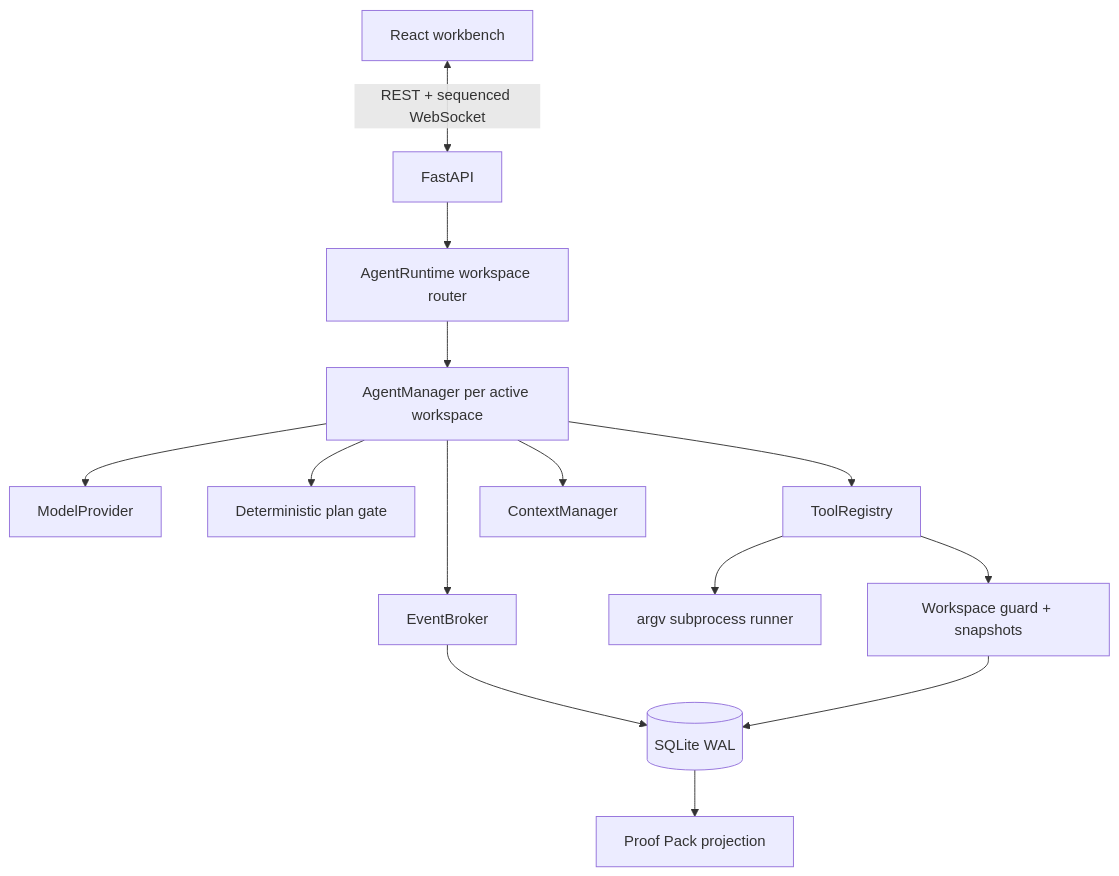
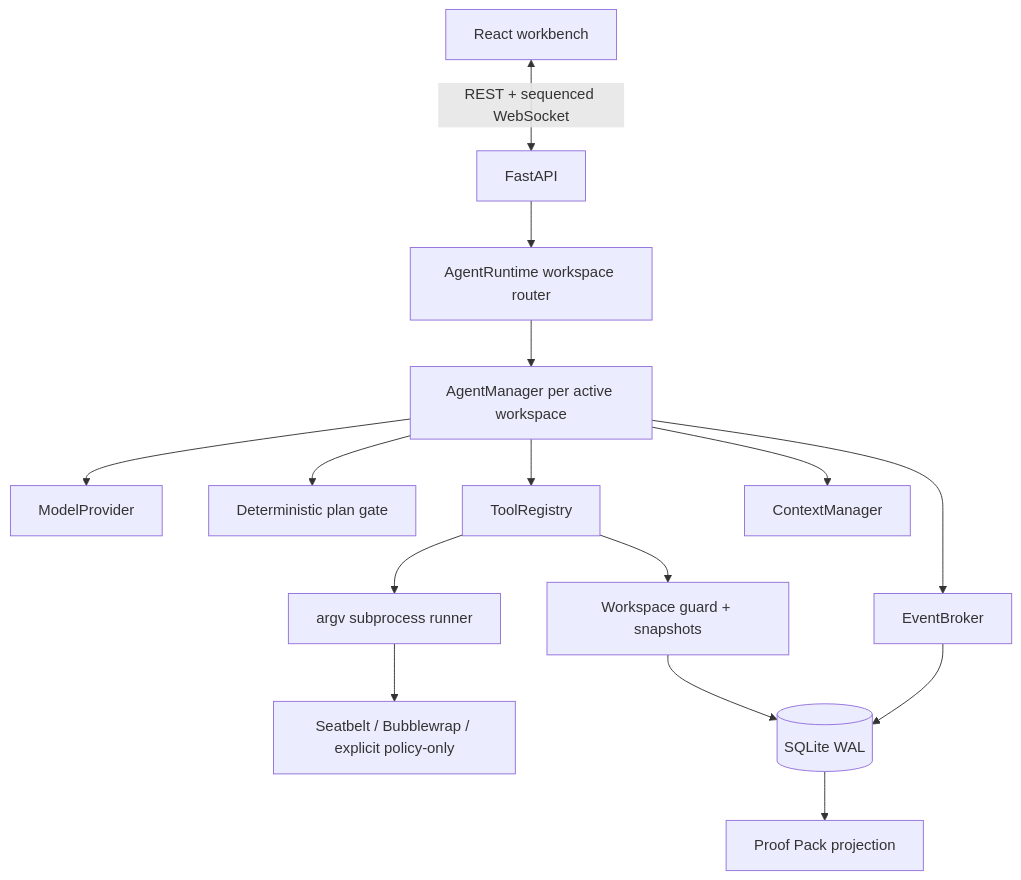
One commit to iamzwxyy/traceforge changed the first of 2 diagrams in docs/architecture.md. Above: the diagram before and after it, drawn with Mermaid. The commit also changed other lines of this file and 30 other files, not shown here.

````diff
--- a/docs/architecture.md
+++ b/docs/architecture.md
@@ -12,16 +12,17 @@
 ```mermaid
 flowchart TB
     UI[React workbench] <-->|REST + sequenced WebSocket| API[FastAPI]
     API --> Runtime[AgentRuntime workspace router]
     Runtime --> Manager[AgentManager per active workspace]
     Manager --> Provider[ModelProvider]
     Manager --> Gate[Deterministic plan gate]
     Manager --> Tools[ToolRegistry]
     Manager --> Context[ContextManager]
     Tools --> Guard[Workspace guard + snapshots]
     Tools --> Process[argv subprocess runner]
+    Process --> Sandbox[Seatbelt / Bubblewrap / explicit policy-only]
     Manager --> Broker[EventBroker]
     Broker --> DB[(SQLite WAL)]
     Guard --> DB
     DB --> Proof[Proof Pack projection]
 ```
````
